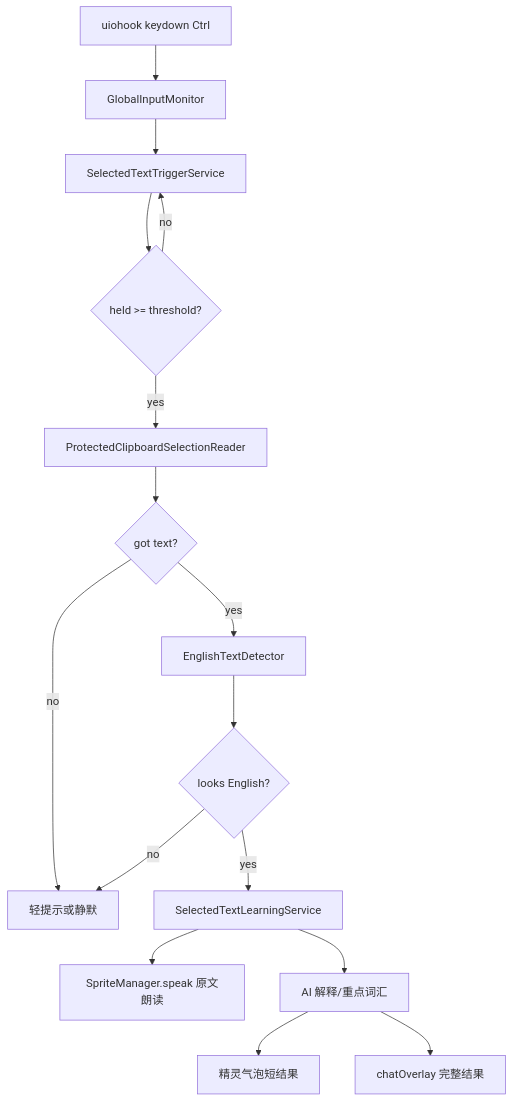
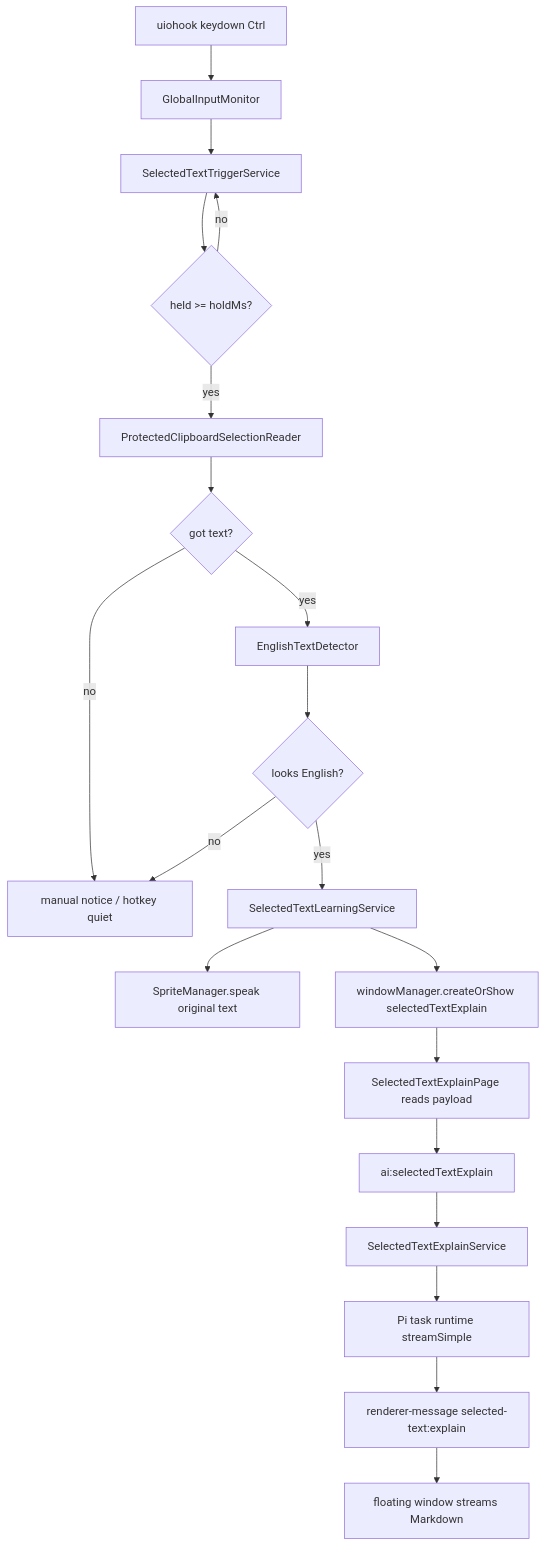
The diagram in docs/sprite-core/selected-text-english-assistant-implementation-plan.md (WondrousBox/Chobits), drawn with Mermaid before and after one commit. The commit also changed other lines of this file and 16 other files, not shown here.

Commit message:
feat: add selected text explanation feature with UI and service integration

````diff
--- a/docs/sprite-core/selected-text-english-assistant-implementation-plan.md
+++ b/docs/sprite-core/selected-text-english-assistant-implementation-plan.md
@@ -42,18 +63,22 @@
 ```mermaid
 flowchart TD
   A["uiohook keydown Ctrl"] --> B["GlobalInputMonitor"]
   B --> C["SelectedTextTriggerService"]
-  C --> D{"held >= threshold?"}
+  C --> D{"held >= holdMs?"}
   D -- no --> C
   D -- yes --> E["ProtectedClipboardSelectionReader"]
   E --> F{"got text?"}
-  F -- no --> G["轻提示或静默"]
+  F -- no --> G["manual notice / hotkey quiet"]
   F -- yes --> H["EnglishTextDetector"]
   H --> I{"looks English?"}
   I -- no --> G
   I -- yes --> J["SelectedTextLearningService"]
-  J --> K["SpriteManager.speak 原文朗读"]
-  J --> L["AI 解释/重点词汇"]
-  L --> M["精灵气泡短结果"]
-  L --> N["chatOverlay 完整结果"]
+  J --> K["SpriteManager.speak original text"]
+  J --> L["windowManager.createOrShow selectedTextExplain"]
+  L --> M["SelectedTextExplainPage reads payload"]
+  M --> N["ai:selectedTextExplain"]
+  N --> O["SelectedTextExplainService"]
+  O --> P["Pi task runtime streamSimple"]
+  P --> Q["renderer-message selected-text:explain"]
+  Q --> R["floating window streams Markdown"]
 ```
````
